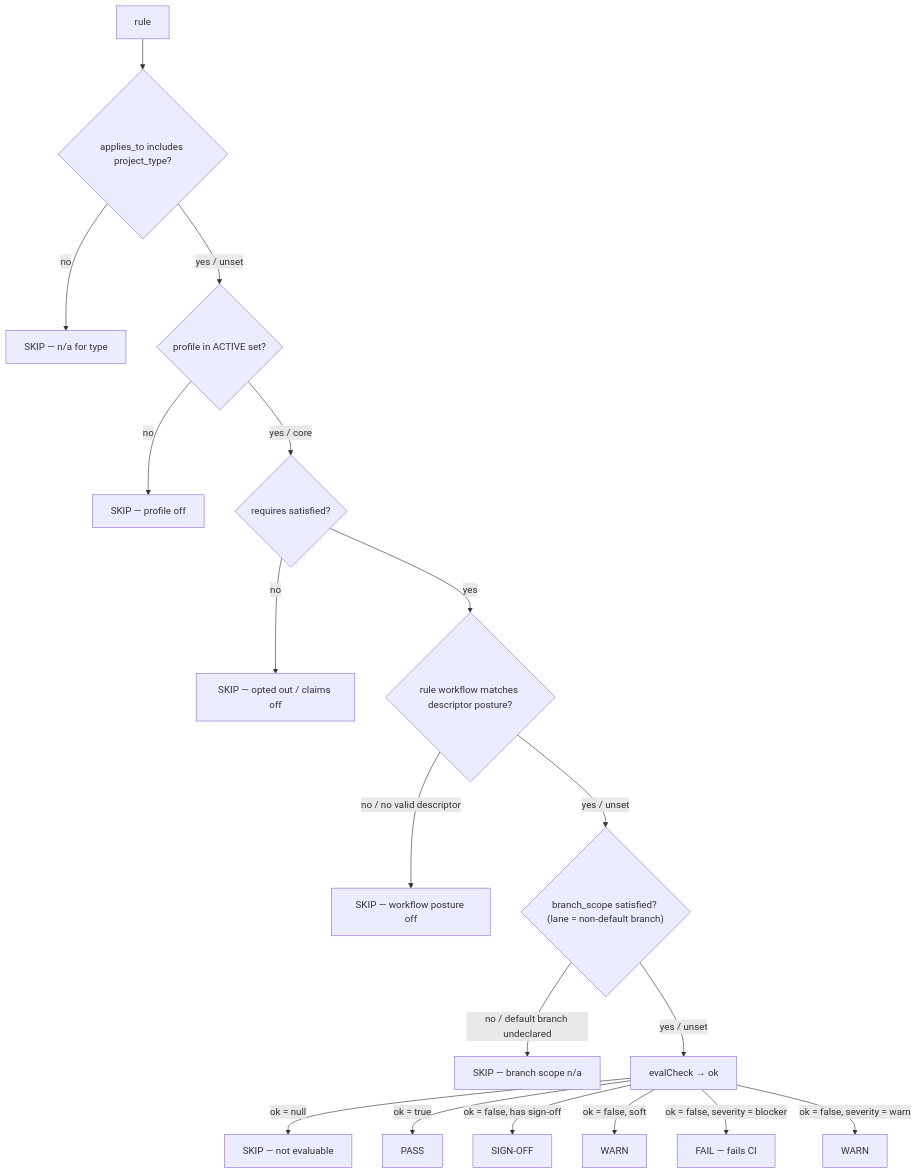
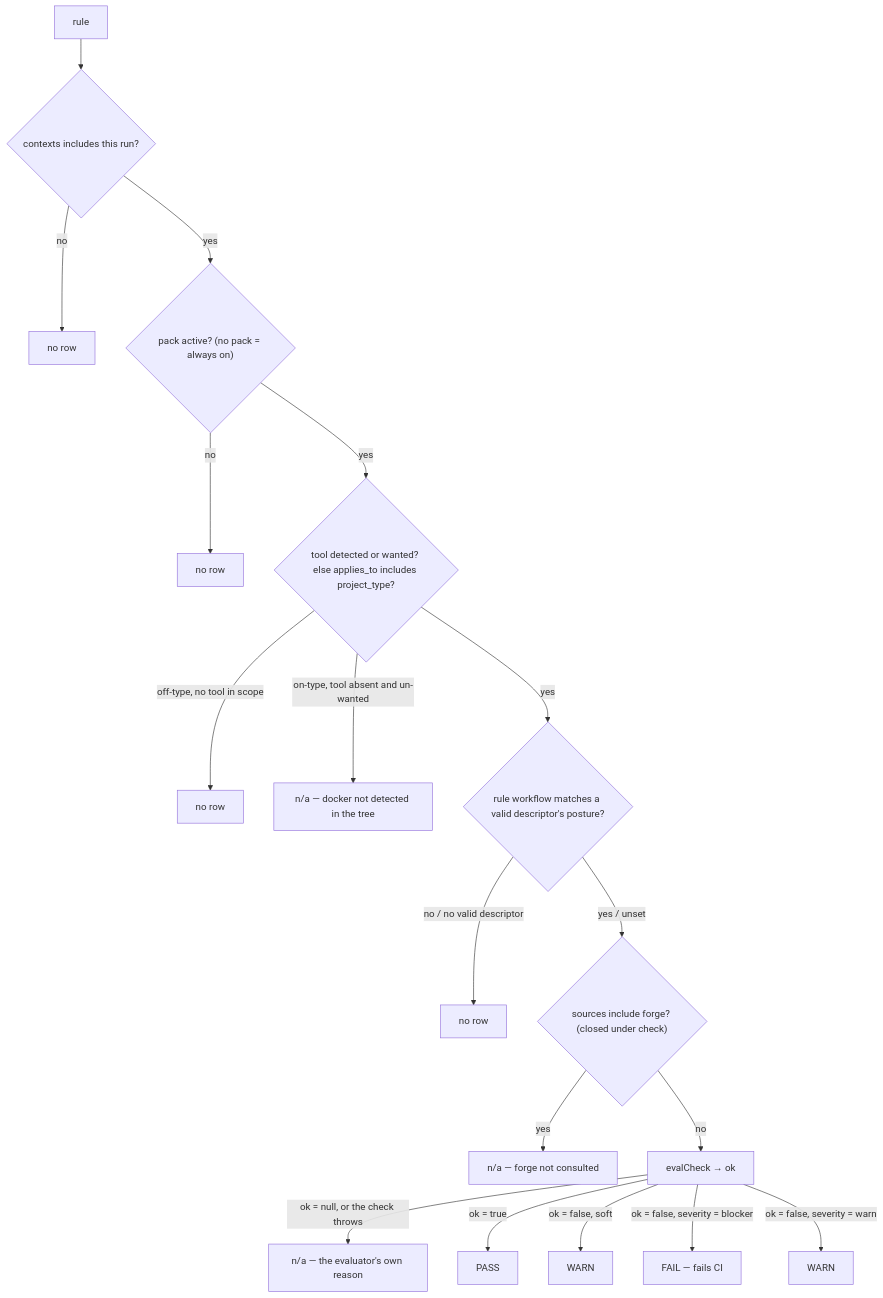
Before and after one commit to AdarGit008/baseline-skill: the third of 3 diagrams in REFERENCE.md, drawn with Mermaid. The commit also changed other lines of this file and 133 other files, not shown here.

````diff
--- a/REFERENCE.md
+++ b/REFERENCE.md
@@ -89,20 +111,20 @@
 ```mermaid
 flowchart TD
-  R["rule"] --> A{"applies_to includes project_type?"}
-  A -- "no" --> S1["SKIP — n/a for type"]
-  A -- "yes / unset" --> P{"profile in ACTIVE set?"}
-  P -- "no" --> S2["SKIP — profile off"]
-  P -- "yes / core" --> Q{"requires satisfied?"}
-  Q -- "no" --> S3["SKIP — opted out / claims off"]
-  Q -- "yes" --> WF{"rule workflow matches descriptor posture?"}
-  WF -- "no / no valid descriptor" --> S5["SKIP — workflow posture off"]
-  WF -- "yes / unset" --> BR{"branch_scope satisfied? (lane = non-default branch)"}
-  BR -- "no / default branch undeclared" --> S6["SKIP — branch scope n/a"]
-  BR -- "yes / unset" --> E["evalCheck → ok"]
-  E -- "ok = null" --> S4["SKIP — not evaluable"]
+  R["rule"] --> CX{"contexts includes this run?"}
+  CX -- "no" --> N0["no row"]
+  CX -- "yes" --> P{"pack active? (no pack = always on)"}
+  P -- "no" --> N1["no row"]
+  P -- "yes" --> T{"tool detected or wanted? else applies_to includes project_type?"}
+  T -- "off-type, no tool in scope" --> N2["no row"]
+  T -- "on-type, tool absent and un-wanted" --> NA1["n/a — docker not detected in the tree"]
+  T -- "yes" --> WF{"rule workflow matches a valid descriptor's posture?"}
+  WF -- "no / no valid descriptor" --> N3["no row"]
+  WF -- "yes / unset" --> FG{"sources include forge? (closed under check)"}
+  FG -- "yes" --> NA2["n/a — forge not consulted"]
+  FG -- "no" --> E["evalCheck → ok"]
+  E -- "ok = null, or the check throws" --> NA3["n/a — the evaluator's own reason"]
   E -- "ok = true" --> PASS["PASS"]
-  E -- "ok = false, has sign-off" --> SO["SIGN-OFF"]
   E -- "ok = false, soft" --> W1["WARN"]
   E -- "ok = false, severity = blocker" --> F["FAIL — fails CI"]
   E -- "ok = false, severity = warn" --> W2["WARN"]
 ```
````
